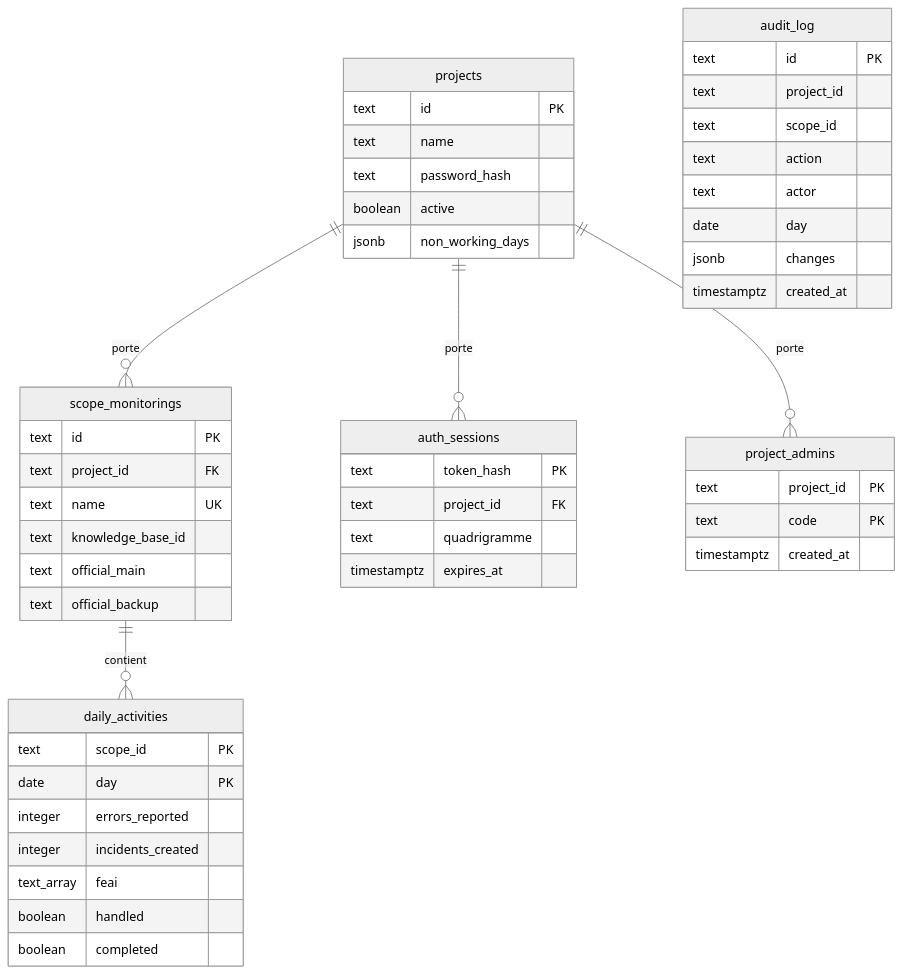
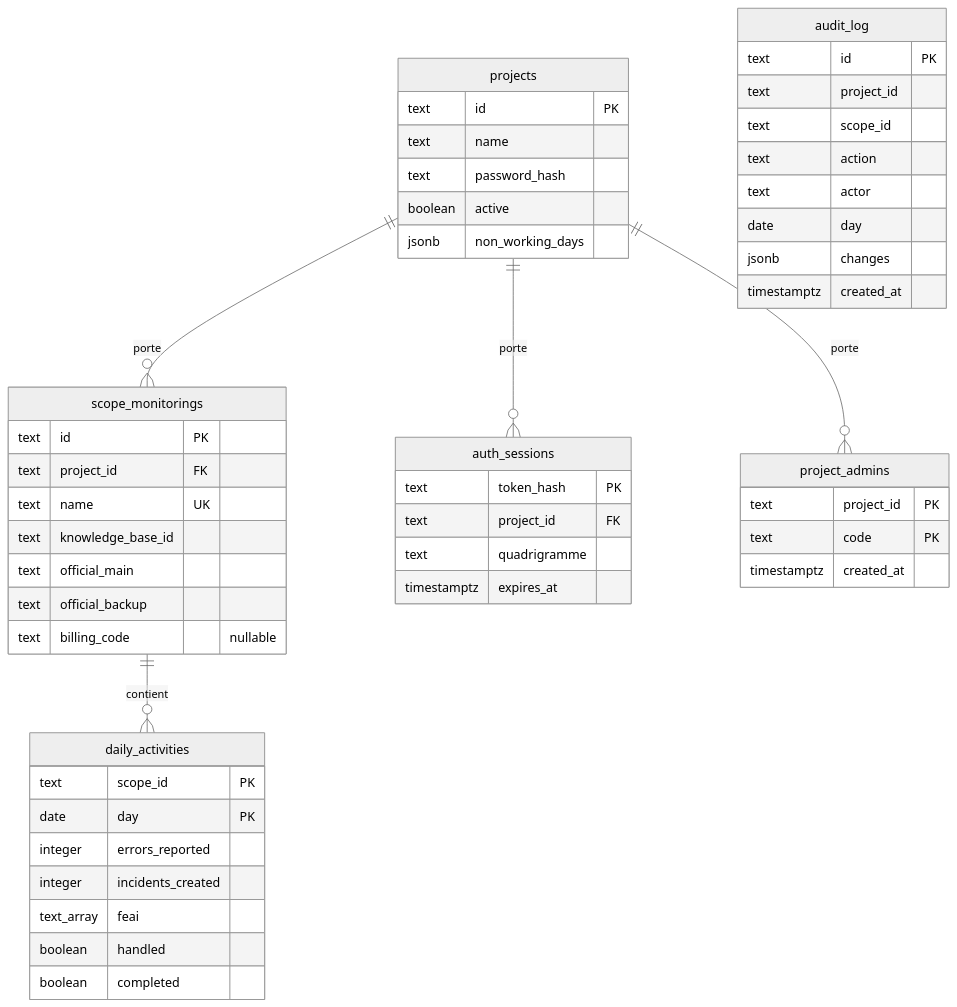
The third of 3 diagrams in docs/architecture.md (JneiraS/Tally), drawn with Mermaid (neutral theme) before and after one commit. The commit also changed other lines of this file and 47 other files, not shown here.

First line of the commit message:
Add billing_code to ScopeMonitoring model

````diff
--- a/docs/architecture.md
+++ b/docs/architecture.md
@@ -331,53 +331,54 @@
 ```mermaid
 erDiagram
     projects ||--o{ scope_monitorings : porte
     projects ||--o{ auth_sessions : porte
     projects ||--o{ project_admins : porte
     scope_monitorings ||--o{ daily_activities : contient
 
     projects {
         text id PK
         text name
         text password_hash
         boolean active
         jsonb non_working_days
     }
     scope_monitorings {
         text id PK
         text project_id FK
         text name UK
         text knowledge_base_id
         text official_main
         text official_backup
+        text billing_code "nullable"
     }
     daily_activities {
         text scope_id PK
         date day PK
         integer errors_reported
         integer incidents_created
         text_array feai
         boolean handled
         boolean completed
     }
     auth_sessions {
         text token_hash PK
         text project_id FK
         text quadrigramme
         timestamptz expires_at
     }
     project_admins {
         text project_id PK
         text code PK
         timestamptz created_at
     }
     audit_log {
         text id PK
         text project_id
         text scope_id
         text action
         text actor
         date day
         jsonb changes
         timestamptz created_at
     }
 ```
````
